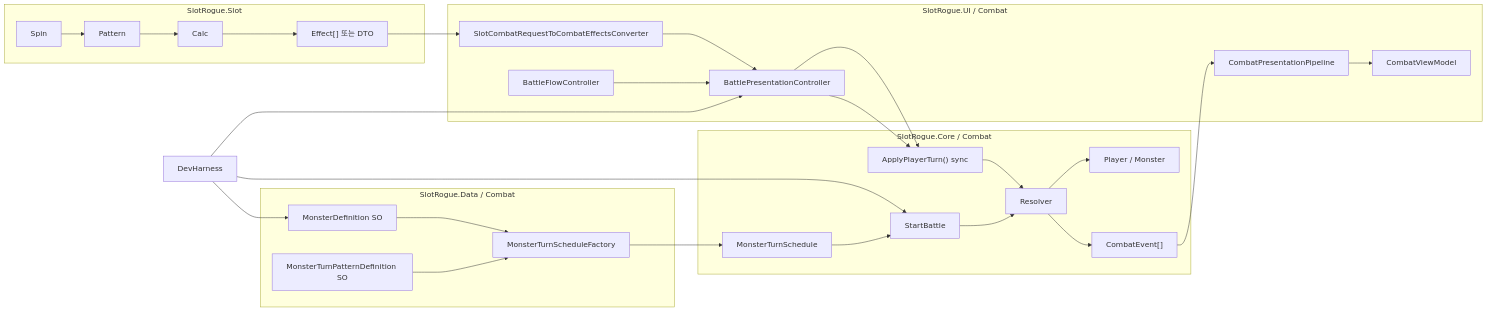
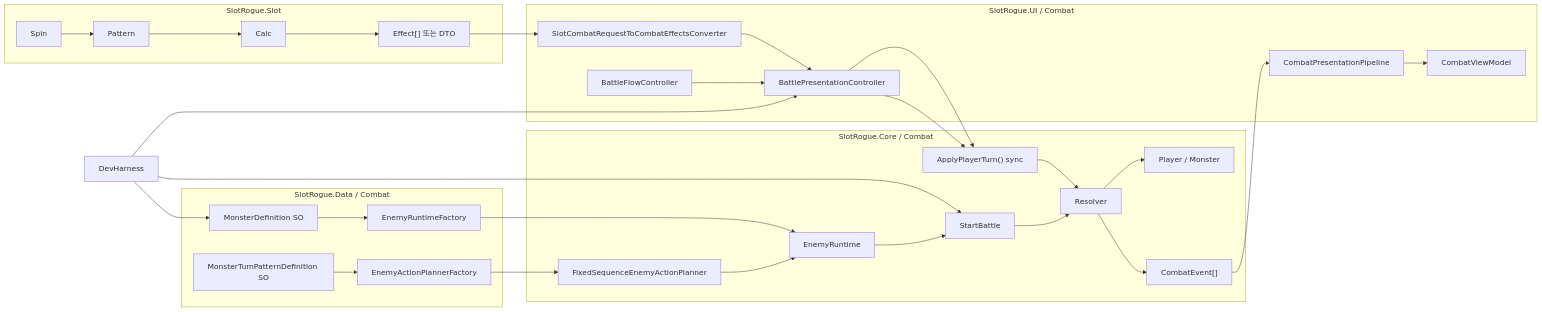
Before and after one commit to YooKyubin/SlotRogue: the fourth of 5 diagrams in docs/design-docs/combat-core.md, drawn with Mermaid. The commit also changed other lines of this file and 22 other files, not shown here.

````diff
--- a/docs/design-docs/combat-core.md
+++ b/docs/design-docs/combat-core.md
@@ -179,43 +181,47 @@
 ```mermaid
 flowchart LR
     subgraph Slot["SlotRogue.Slot"]
         Spin --> Pattern --> Calc --> Build["Effect[] 또는 DTO"]
     end
 
     subgraph Data["SlotRogue.Data / Combat"]
         MonsterSO["MonsterDefinition SO"]
         PatternSO["MonsterTurnPatternDefinition SO"]
-        Factory["MonsterTurnScheduleFactory"]
-        PatternSO --> Factory
+        PatternSO --> PlannerFactory
         MonsterSO --> Factory
     end
 
     subgraph Integration["SlotRogue.UI / Combat"]
         Adapt["SlotCombatRequestToCombatEffectsConverter"]
         Flow["BattlePresentationController"]
         Pipe["CombatPresentationPipeline"]
         VM["CombatViewModel"]
         BattleFlow["BattleFlowController"]
+        PlannerFactory["EnemyActionPlannerFactory"]
+        Factory["EnemyRuntimeFactory"]
     end
 
     subgraph Combat["SlotRogue.Core / Combat"]
-        Schedule["MonsterTurnSchedule"]
+        Runtime["EnemyRuntime"]
+        Planner["FixedSequenceEnemyActionPlanner"]
         StartBattle --> Resolver
-        Factory --> Schedule
-        Schedule --> StartBattle
+        Factory --> Runtime
+        PlannerFactory --> Planner
+        Planner --> Runtime
+        Runtime --> StartBattle
         Adapt --> Flow
         Flow --> Apply["ApplyPlayerTurn() sync"]
         Apply --> Resolver
         Resolver --> Events["CombatEvent[]"]
         Resolver --> Participant["Player / Monster"]
         Events --> Pipe
         Pipe --> VM
         BattleFlow --> Flow
     end
 
     Build --> Adapt
     Flow --> Apply
     DevHarness --> MonsterSO
     DevHarness --> StartBattle
     DevHarness --> Flow
 ```
````
